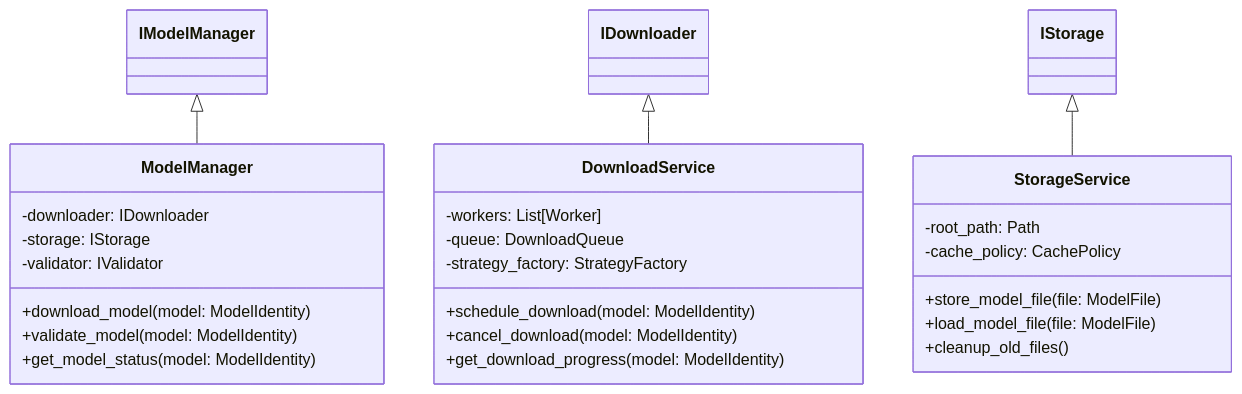
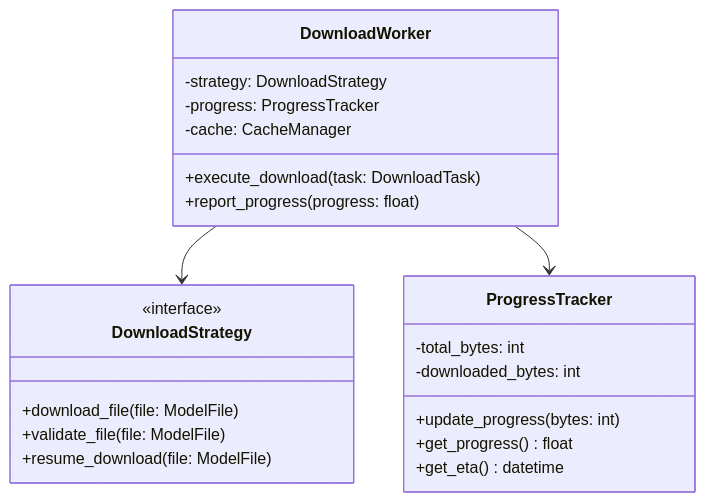
Before and after one commit to zhifengzhang-sz/qi-v2-dp: the third of 5 diagrams in services/ai/llm-service/docs/architecture/classes/model_manager.md, drawn with Mermaid. The commit also changed other lines of this file and 50 other files, not shown here.

````diff
--- a/services/ai/llm-service/docs/architecture/classes/model_manager.md
+++ b/services/ai/llm-service/docs/architecture/classes/model_manager.md
@@ -72,32 +89,28 @@
 ```mermaid
 classDiagram
-    class ModelManager {
-        -downloader: IDownloader
-        -storage: IStorage
-        -validator: IValidator
-        +download_model(model: ModelIdentity)
-        +validate_model(model: ModelIdentity)
-        +get_model_status(model: ModelIdentity)
+    class DownloadStrategy {
+        <<interface>>
+        +download_file(file: ModelFile)
+        +validate_file(file: ModelFile)
+        +resume_download(file: ModelFile)
     }
 
-    class DownloadService {
-        -workers: List[Worker]
-        -queue: DownloadQueue
-        -strategy_factory: StrategyFactory
-        +schedule_download(model: ModelIdentity)
-        +cancel_download(model: ModelIdentity)
-        +get_download_progress(model: ModelIdentity)
+    class ProgressTracker {
+        -total_bytes: int
+        -downloaded_bytes: int
+        +update_progress(bytes: int)
+        +get_progress() float
+        +get_eta() datetime
     }
 
-    class StorageService {
-        -root_path: Path
-        -cache_policy: CachePolicy
-        +store_model_file(file: ModelFile)
-        +load_model_file(file: ModelFile)
-        +cleanup_old_files()
+    class DownloadWorker {
+        -strategy: DownloadStrategy
+        -progress: ProgressTracker
+        -cache: CacheManager
+        +execute_download(task: DownloadTask)
+        +report_progress(progress: float)
     }
 
-    IModelManager <|-- ModelManager
-    IDownloader <|-- DownloadService
-    IStorage <|-- StorageService
+    DownloadWorker --> DownloadStrategy
+    DownloadWorker --> ProgressTracker
 ```
````
